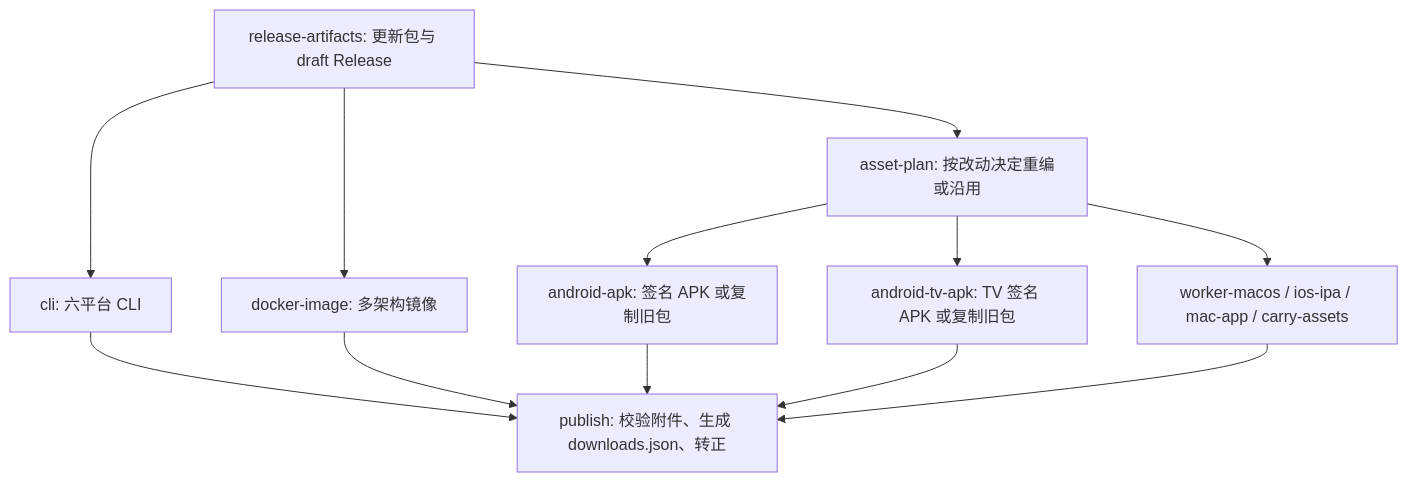
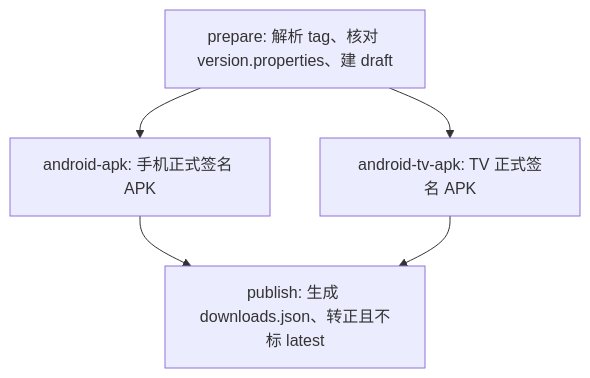
The diagram in docs/design/android-release.md (movieclaw/MovieClaw), drawn with Mermaid before and after one commit. The commit also changed other lines of this file and 23 other files, not shown here.

First line of the commit message:
ci(release): release Android, Android TV and the Mac app separately from the server

````diff
--- a/docs/design/android-release.md
+++ b/docs/design/android-release.md
@@ -33,14 +39,7 @@
 ```mermaid
 flowchart TD
-    A[release-artifacts: 更新包与 draft Release] --> B[cli: 六平台 CLI]
-    A --> C[docker-image: 多架构镜像]
-    A --> D[asset-plan: 按改动决定重编或沿用]
-    D --> E[android-apk: 签名 APK 或复制旧包]
-    D --> H[android-tv-apk: TV 签名 APK 或复制旧包]
-    D --> F[worker-macos / ios-ipa / mac-app / carry-assets]
-    B --> G[publish: 校验附件、生成 downloads.json、转正]
-    C --> G
-    E --> G
-    H --> G
-    F --> G
+    A[prepare: 解析 tag、核对 version.properties、建 draft] --> B[android-apk: 手机正式签名 APK]
+    A --> C[android-tv-apk: TV 正式签名 APK]
+    B --> D[publish: 生成 downloads.json、转正且不标 latest]
+    C --> D
 ```
````
